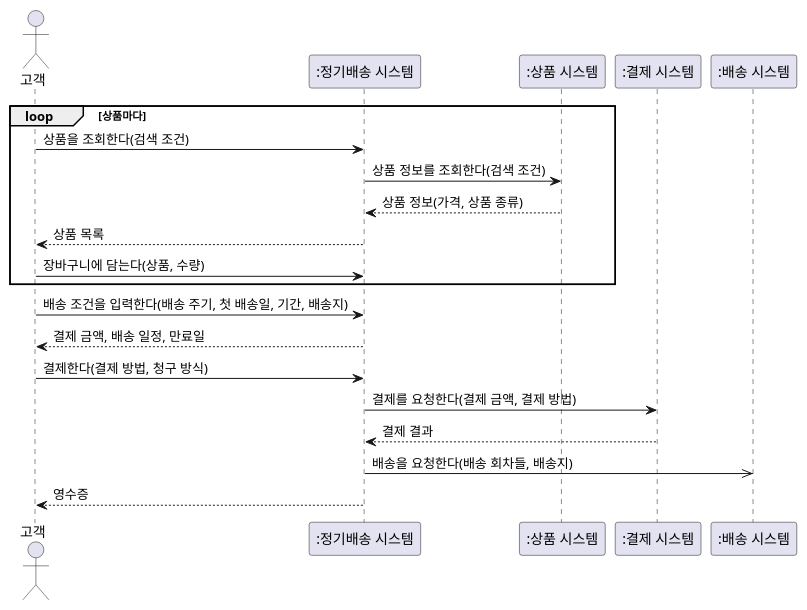
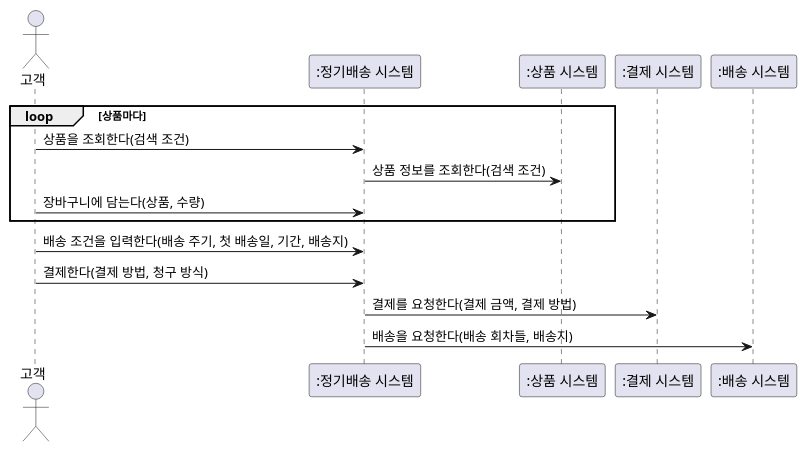
Before and after one commit to YoungSan77/TrainingMaterials: diagram 13 of 13 in courses/ooad/sessions/s02.md, drawn with PlantUML. The commit also changed other lines of this file and 37 other files, not shown here.

````diff
--- a/courses/ooad/sessions/s02.md
+++ b/courses/ooad/sessions/s02.md
@@ -2115,23 +2138,18 @@
 ```plantuml:sequence
 @startuml
 actor "고객" as C
 participant ":정기배송 시스템" as S
 participant ":상품 시스템" as PS
 participant ":결제 시스템" as PX
 participant ":배송 시스템" as DS
 loop 상품마다
   C -> S : 상품을 조회한다(검색 조건)
   S -> PS : 상품 정보를 조회한다(검색 조건)
-  PS --> S : 상품 정보(가격, 상품 종류)
-  S --> C : 상품 목록
   C -> S : 장바구니에 담는다(상품, 수량)
 end
 C -> S : 배송 조건을 입력한다(배송 주기, 첫 배송일, 기간, 배송지)
-S --> C : 결제 금액, 배송 일정, 만료일
 C -> S : 결제한다(결제 방법, 청구 방식)
 S -> PX : 결제를 요청한다(결제 금액, 결제 방법)
-PX --> S : 결제 결과
-S ->> DS : 배송을 요청한다(배송 회차들, 배송지)
-S --> C : 영수증
+S -> DS : 배송을 요청한다(배송 회차들, 배송지)
 @enduml
 ```
````
